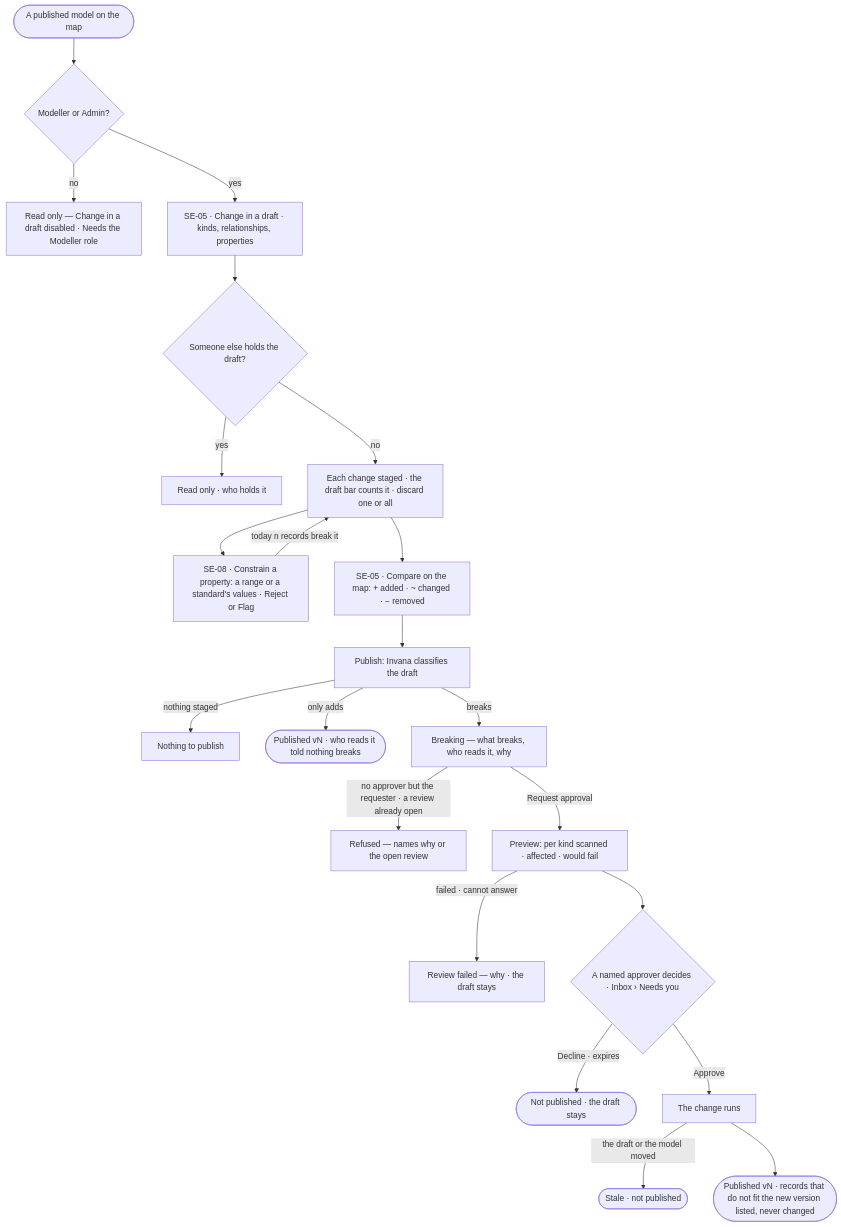
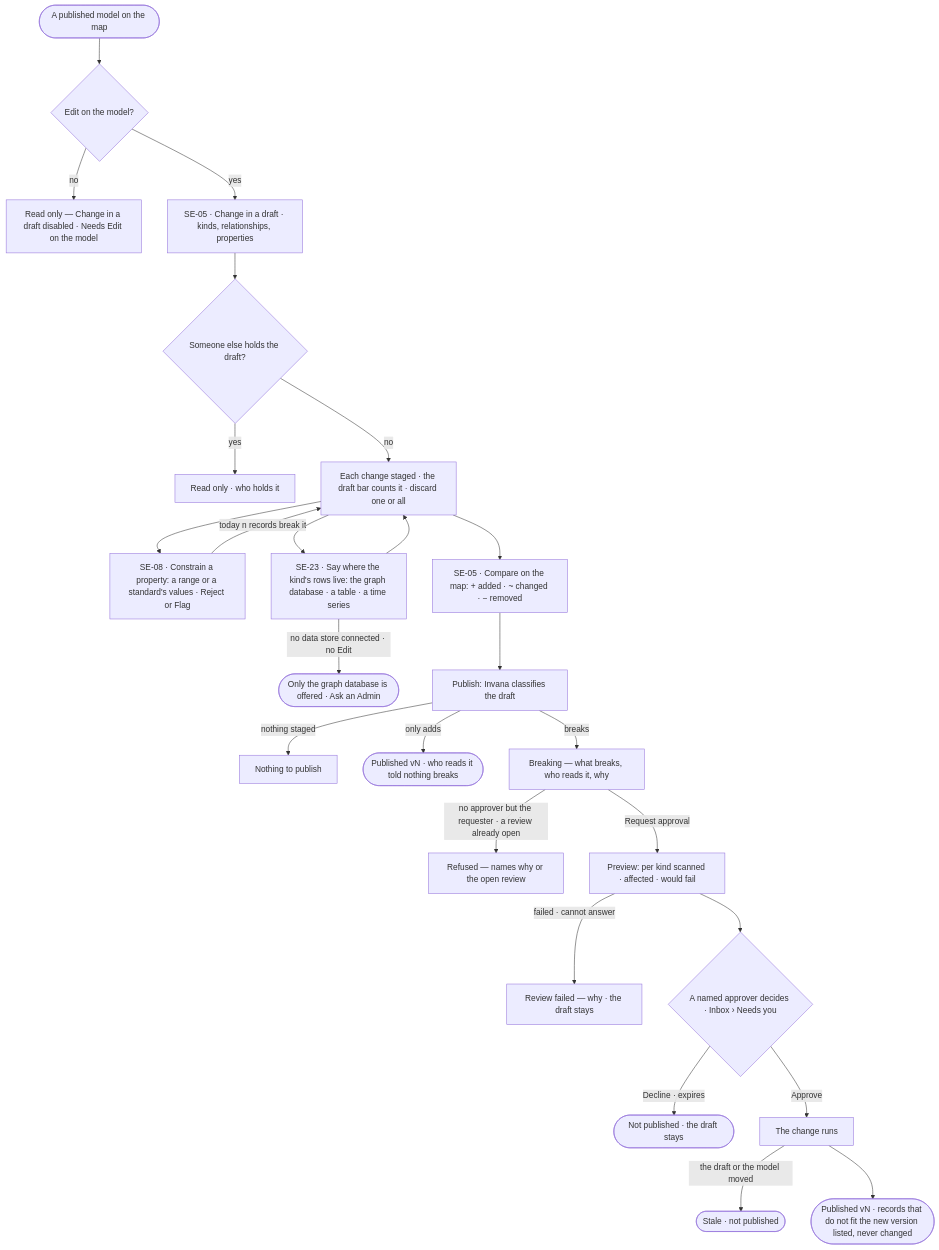
Before and after one commit to invana/invana: the first of 2 diagrams in specs/capabilities/semantics/features/SE-F02-change-and-publish-a-model/feature.md, drawn with Mermaid. The commit also changed other lines of this file and 456 other files, not shown here.

````diff
--- a/specs/capabilities/semantics/features/SE-F02-change-and-publish-a-model/feature.md
+++ b/specs/capabilities/semantics/features/SE-F02-change-and-publish-a-model/feature.md
@@ -25,24 +25,27 @@
 ```mermaid
 flowchart TD
-  start([A published model on the map]) --> may{Modeller or Admin?}
-  may -->|no| ro["Read only — Change in a draft disabled · Needs the Modeller role"]
+  start([A published model on the map]) --> may{Edit on the model?}
+  may -->|no| ro["Read only — Change in a draft disabled · Needs Edit on the model"]
   may -->|yes| d["SE-05 · Change in a draft · kinds, relationships, properties"]
   d --> held{Someone else holds the draft?}
   held -->|yes| hro["Read only · who holds it"]
   held -->|no| ch["Each change staged · the draft bar counts it · discard one or all"]
   ch --> c["SE-08 · Constrain a property: a range or a standard's values · Reject or Flag"]
   c -->|today n records break it| ch
+  ch --> h["SE-23 · Say where the kind's rows live: the graph database · a table · a time series"]
+  h -->|no data store connected · no Edit| hn(["Only the graph database is offered · Ask an Admin"])
+  h --> ch
   ch --> cmp["SE-05 · Compare on the map: + added · ~ changed · − removed"]
   cmp --> p["Publish: Invana classifies the draft"]
   p -->|nothing staged| none["Nothing to publish"]
   p -->|only adds| pub(["Published vN · who reads it told nothing breaks"])
   p -->|breaks| br["Breaking — what breaks, who reads it, why"]
   br -->|no approver but the requester · a review already open| ref["Refused — names why or the open review"]
   br -->|Request approval| prev["Preview: per kind scanned · affected · would fail"]
   prev -->|failed · cannot answer| pf["Review failed — why · the draft stays"]
   prev --> ap{A named approver decides · Inbox › Needs you}
   ap -->|Decline · expires| no(["Not published · the draft stays"])
   ap -->|Approve| mig["The change runs"]
   mig -->|the draft or the model moved| stale(["Stale · not published"])
   mig --> done(["Published vN · records that do not fit the new version listed, never changed"])
 ```
````
